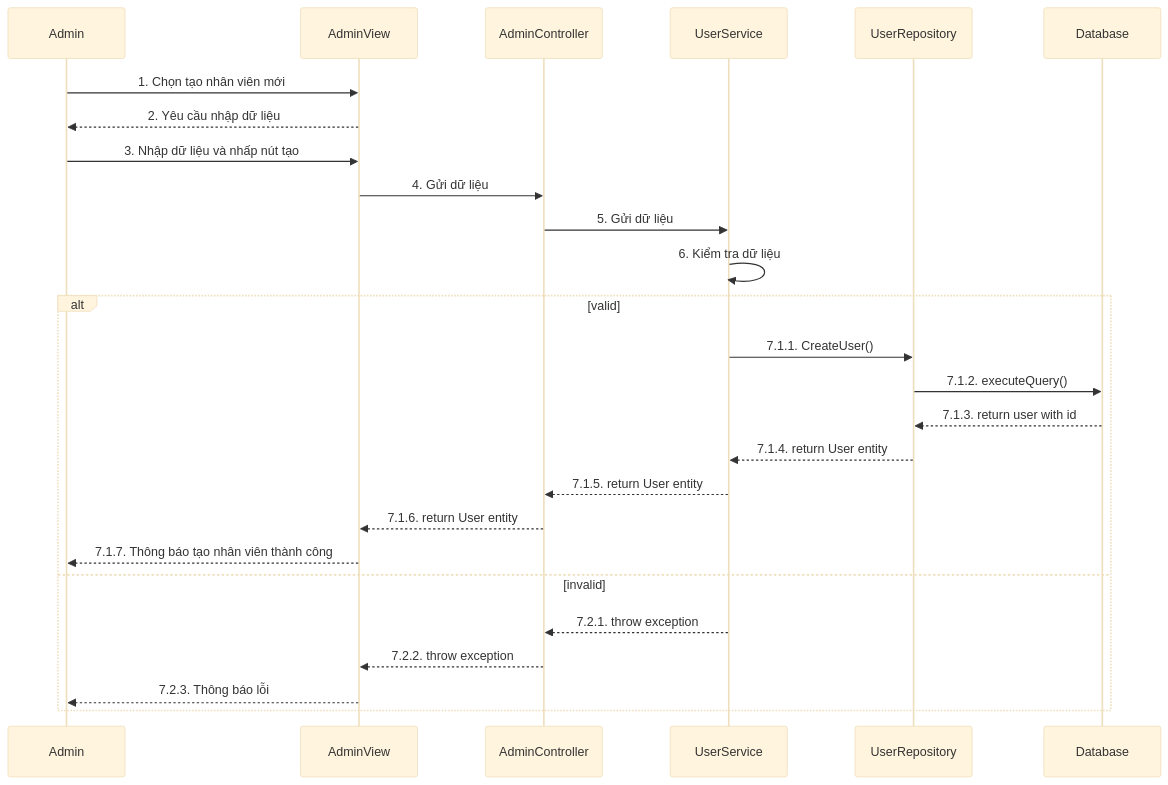
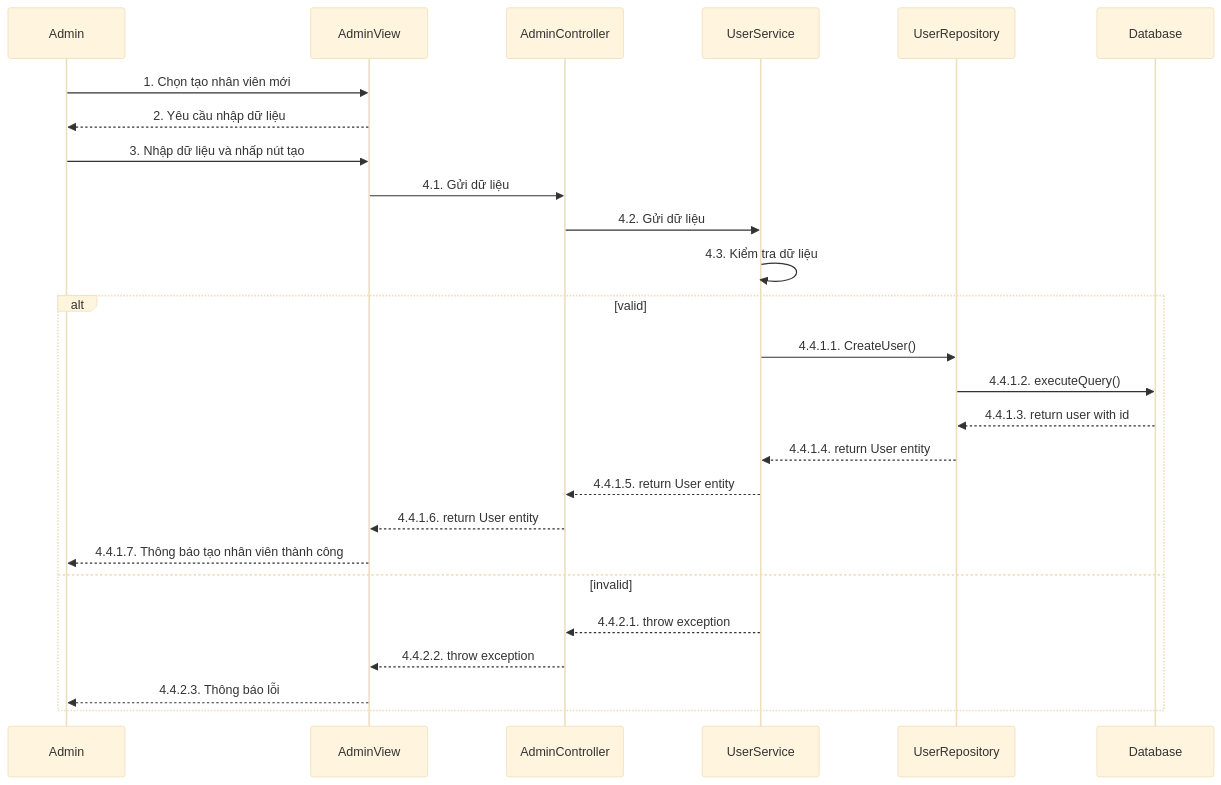
Before and after one commit to LienNTB/sequence-CNPM: the diagram in sequence/admin/Sequence-1-1.TaoNhanVien.mmd, drawn with Mermaid (base theme). The commit also changed 7 other files, not shown here.

```diff
--- a/sequence/admin/Sequence-1-1.TaoNhanVien.mmd
+++ b/sequence/admin/Sequence-1-1.TaoNhanVien.mmd
@@ -1,31 +1,31 @@
 
 sequenceDiagram
     participant Admin
     participant AdminView
     participant AdminController
     participant UserService
     participant UserRepository
     participant Database
 
     Admin->>AdminView: 1. Chọn tạo nhân viên mới
     AdminView-->>Admin: 2. Yêu cầu nhập dữ liệu
     Admin->>AdminView: 3. Nhập dữ liệu và nhấp nút tạo
     
-    AdminView->>AdminController: 4. Gửi dữ liệu
-    AdminController->>UserService: 5. Gửi dữ liệu
-    UserService->>UserService: 6. Kiểm tra dữ liệu
+    AdminView->>AdminController: 4.1. Gửi dữ liệu
+    AdminController->>UserService: 4.2. Gửi dữ liệu
+    UserService->>UserService: 4.3. Kiểm tra dữ liệu
 
     alt valid
-        UserService->>UserRepository: 7.1.1. CreateUser()
-        UserRepository->>Database: 7.1.2. executeQuery()
+        UserService->>UserRepository: 4.4.1.1. CreateUser()
+        UserRepository->>Database: 4.4.1.2. executeQuery()
         
-        Database-->>UserRepository: 7.1.3. return user with id
-        UserRepository-->>UserService: 7.1.4. return User entity
-        UserService-->>AdminController: 7.1.5. return User entity
-        AdminController-->>AdminView: 7.1.6. return User entity
-        AdminView-->>Admin: 7.1.7. Thông báo tạo nhân viên thành công
+        Database-->>UserRepository: 4.4.1.3. return user with id
+        UserRepository-->>UserService: 4.4.1.4. return User entity
+        UserService-->>AdminController: 4.4.1.5. return User entity
+        AdminController-->>AdminView: 4.4.1.6. return User entity
+        AdminView-->>Admin: 4.4.1.7. Thông báo tạo nhân viên thành công
     else invalid
-        UserService-->>AdminController: 7.2.1. throw exception
-        AdminController-->>AdminView: 7.2.2. throw exception
-        AdminView-->>Admin: 7.2.3. Thông báo lỗi
+        UserService-->>AdminController: 4.4.2.1. throw exception
+        AdminController-->>AdminView: 4.4.2.2. throw exception
+        AdminView-->>Admin: 4.4.2.3. Thông báo lỗi
     end
```
